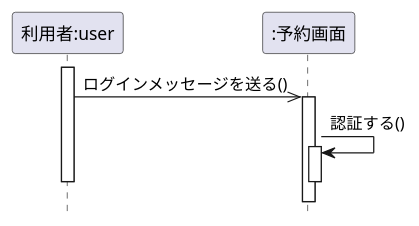
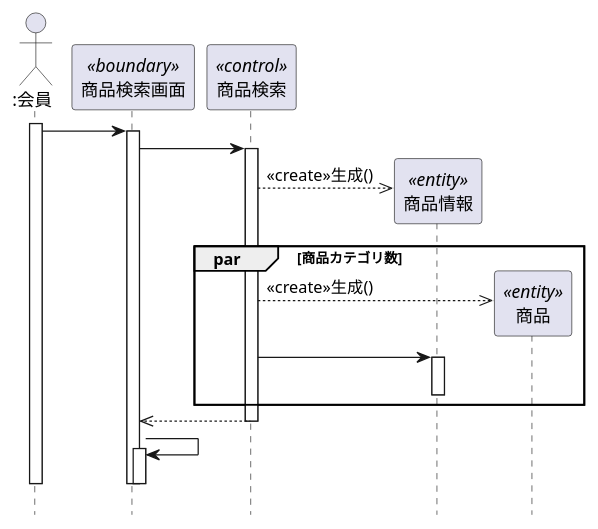
One commit to Charo249/uml_introduction changed the diagram in 演習４－５_SD_商品情報検索.pu. Above: the diagram before and after it, drawn with PlantUML.

```diff
--- a/演習４－５_SD_商品情報検索.pu
+++ b/演習４－５_SD_商品情報検索.pu
@@ -1,28 +1,27 @@
-@startuml
-hide footbox
-participant "利用者:user" as boundary
-participant ":予約画面" as control
-
-
-
-
-activate  boundary
-    boundary ->> control : ログインメッセージを送る()
-    activate control
-    control -> control: 認証する()
-    
-    activate control
-        
-     
-        
-    
-deactivate boundary
-deactivate control
-    
-
-' control -> entity : <<create>>\n1.1.1生成():
-' control -> entity : 1.1.2会員情報取得():<<create>>
-' control <- entity : 登録会員情報
-
-
+@startuml 商品情報検索
+    hide footbox
+    Actor ":会員" as user
+    participant "商品検索画面" as boundary <<boundary>>
+    participant "商品検索" as control <<control>>
+    activate user
+    user -> boundary
+        activate boundary
+        boundary -> control
+            activate control
+            create "商品情報" as entity1 <<entity>>
+            control -->> entity1 : <<create>>生成()
+                par 商品カテゴリ数
+                create "商品" as entity2 <<entity>>
+                control -->> entity2 : <<create>>生成()
+                control -> entity1
+                activate entity1
+                deactivate entity1
+                end par
+            boundary <<-- control
+            deactivate control
+        boundary -> boundary
+        activate boundary
+        deactivate boundary
+        deactivate boundary
+    deactivate user
 @enduml
```
